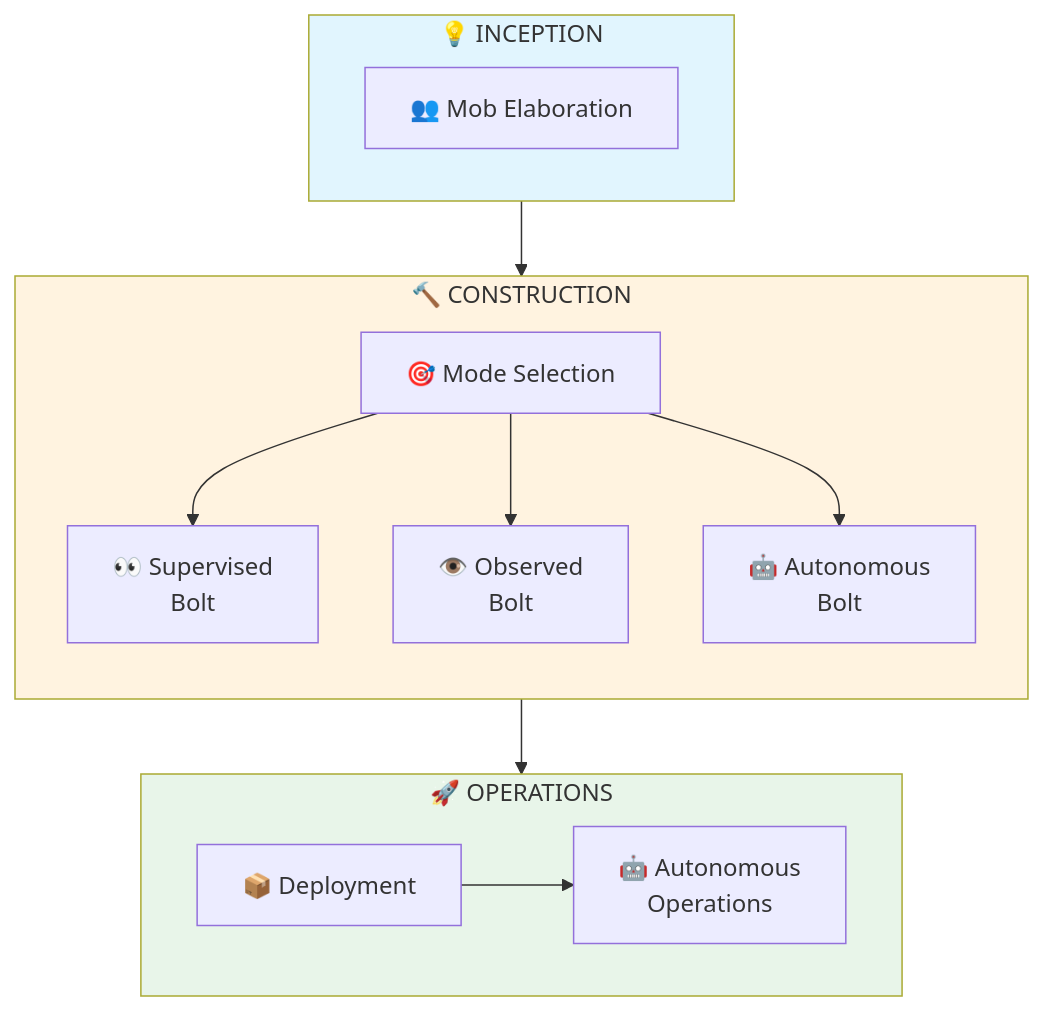
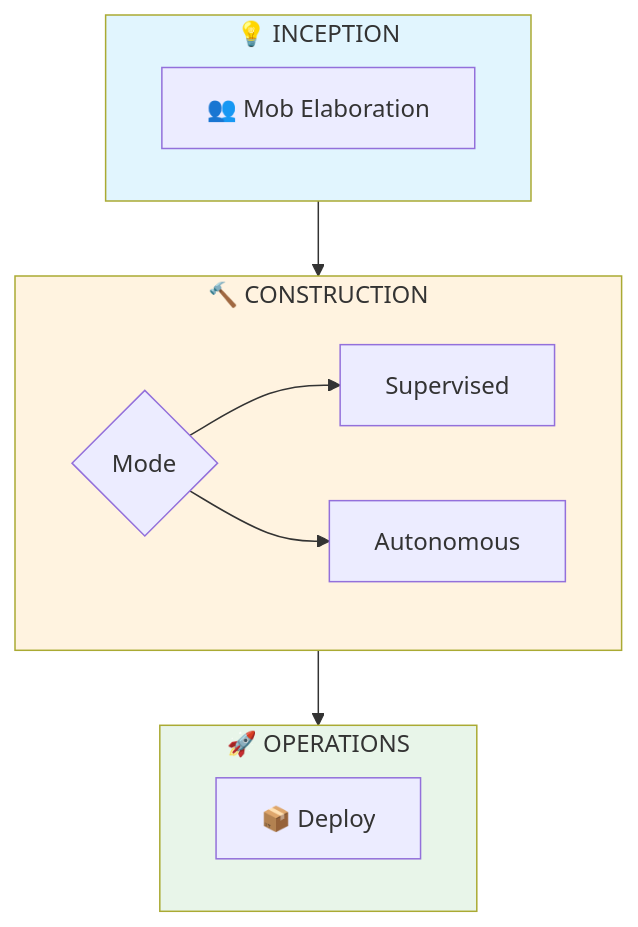
Before and after one commit to TheBushidoCollective/han: the second of 6 diagrams in website/content/papers/ai-dlc-2026/runbooks/adoption/from-waterfall.md, drawn with Mermaid. The commit also changed other lines of this file and 21 other files, not shown here.

First line of the commit message:
fix(website): convert all AI-DLC runbook Mermaid diagrams to TB layout

````diff
--- a/website/content/papers/ai-dlc-2026/runbooks/adoption/from-waterfall.md
+++ b/website/content/papers/ai-dlc-2026/runbooks/adoption/from-waterfall.md
@@ -33,27 +29,23 @@
 ```mermaid
 flowchart TB
     subgraph Phase1["💡 INCEPTION"]
-        direction LR
         M[👥 Mob Elaboration]
     end
 
+    Phase1 --> Phase2
+
     subgraph Phase2["🔨 CONSTRUCTION"]
-        direction TB
-        MS[🎯 Mode Selection]
-        MS --> S[👀 Supervised<br/>Bolt]
-        MS --> O[👁️ Observed<br/>Bolt]
-        MS --> AU[🤖 Autonomous<br/>Bolt]
+        MS{Mode} --> S[Supervised]
+        MS --> AU[Autonomous]
     end
 
+    Phase2 --> Phase3
+
     subgraph Phase3["🚀 OPERATIONS"]
-        direction LR
-        D[📦 Deployment] --> AO[🤖 Autonomous<br/>Operations]
+        D[📦 Deploy]
     end
-
-    Phase1 --> Phase2
-    Phase2 --> Phase3
 
     style Phase1 fill:#e1f5fe
     style Phase2 fill:#fff3e0
     style Phase3 fill:#e8f5e9
 ```
````
